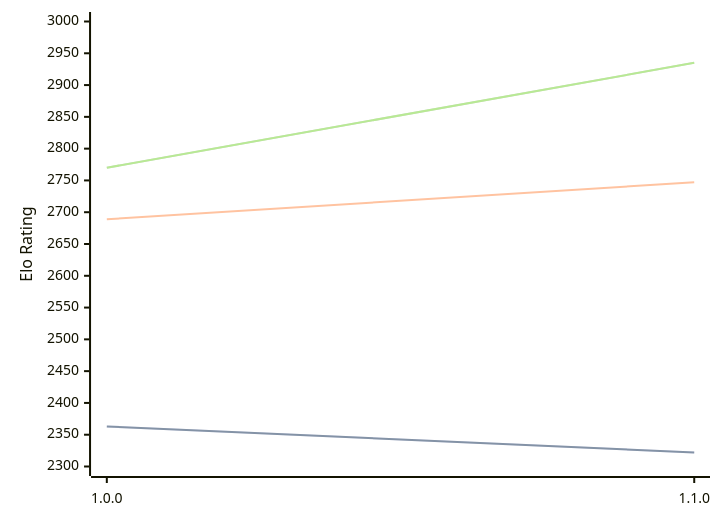
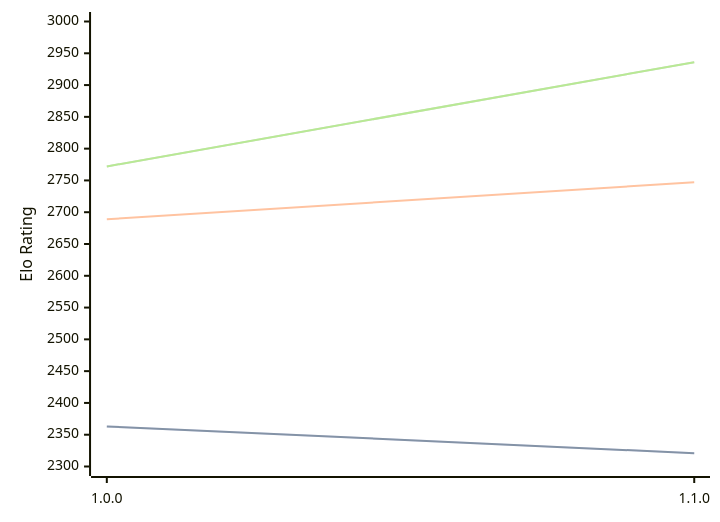
One commit to computer-chess-index/cci changed the diagram in engines/ShallowGuess.md. Above: the diagram before and after it, drawn with Mermaid. The commit also changed other lines of this file, not shown here.

Commit message:
Update CCI Ratings (ELO VLTC) - 2026-04-01

````diff
--- a/engines/ShallowGuess.md
+++ b/engines/ShallowGuess.md
@@ -36,11 +36,11 @@
 ```mermaid
 %%{init: {"theme":"base","themeVariables":{"seriesColors:['#a3a3a3','#222221','#faa371']}}}%%
 xychart-beta
   x-axis ["1.0.0", "1.1.0"]
   y-axis "Elo Rating" 2300 --> 3000
-  line "STC (8.0+0.08s)" [2363, 2322]
-  line "STC (8.0+0.08s)" [2363, 2322]
+  line "STC (8.0+0.08s)" [2363, 2321]
+  line "STC (8.0+0.08s)" [2363, 2321]
   line "LTC (60.0+0.60s)" [2689, 2747]
-  line "VLTC (2m24s+1.12s)" [2770, 2935]
-  line "VLTC (2m24s+1.12s)" [2770, 2935]
+  line "VLTC (2m24s+1.12s)" [2772, 2936]
+  line "VLTC (2m24s+1.12s)" [2772, 2936]
 ```
````
